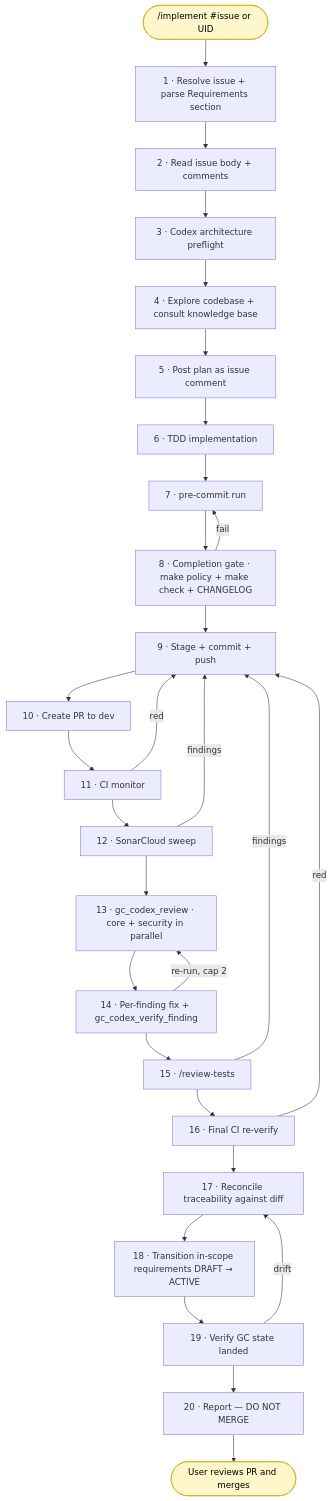
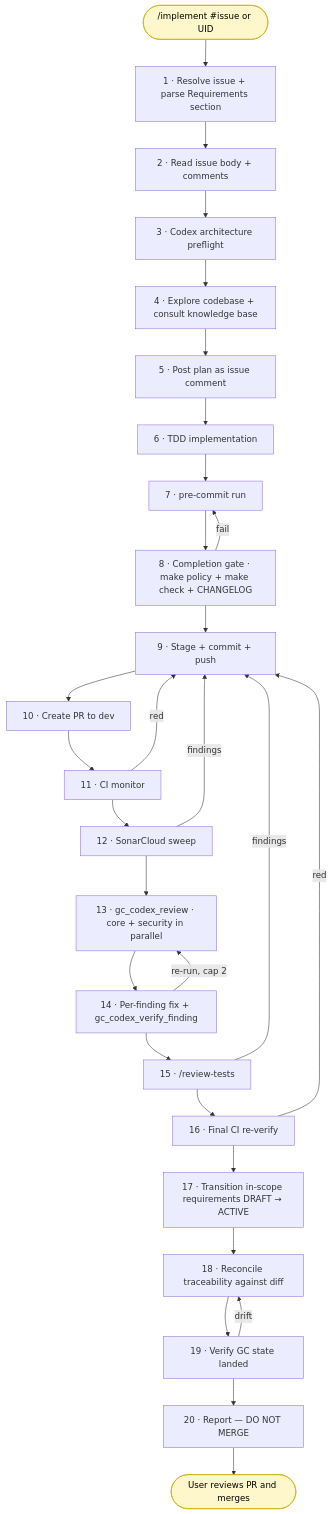
One commit to KeplerOps/Ground-Control changed the diagram in docs/DEVELOPMENT_WORKFLOW.md. Above: the diagram before and after it, drawn with Mermaid. The commit also changed other lines of this file and 3 other files, not shown here.

````diff
--- a/docs/DEVELOPMENT_WORKFLOW.md
+++ b/docs/DEVELOPMENT_WORKFLOW.md
@@ -60,58 +60,58 @@
 ```mermaid
 flowchart TB
   Start([/implement #issue or UID])
   S1[1 · Resolve issue + parse Requirements section]
   S2[2 · Read issue body + comments]
   S3[3 · Codex architecture preflight]
   S4[4 · Explore codebase + consult knowledge base]
   S5[5 · Post plan as issue comment]
   S6[6 · TDD implementation]
   S7[7 · pre-commit run]
   S8[8 · Completion gate · make policy + make check + CHANGELOG]
   S9[9 · Stage + commit + push]
   S10[10 · Create PR to dev]
   S11[11 · CI monitor]
   S12[12 · SonarCloud sweep]
   S13[13 · gc_codex_review · core + security in parallel]
   S14[14 · Per-finding fix + gc_codex_verify_finding]
   S15[15 · /review-tests]
   S16[16 · Final CI re-verify]
-  S17[17 · Reconcile traceability against diff]
-  S18[18 · Transition in-scope requirements DRAFT → ACTIVE]
+  S17[17 · Transition in-scope requirements DRAFT → ACTIVE]
+  S18[18 · Reconcile traceability against diff]
   S19[19 · Verify GC state landed]
   S20[20 · Report — DO NOT MERGE]
   End([User reviews PR and merges])
 
   Start --> S1
   S1 --> S2
   S2 --> S3
   S3 --> S4
   S4 --> S5
   S5 --> S6
   S6 --> S7
   S7 --> S8
   S8 --> S9
   S9 --> S10
   S10 --> S11
   S11 --> S12
   S12 --> S13
   S13 --> S14
   S14 --> S15
   S15 --> S16
   S16 --> S17
   S17 --> S18
   S18 --> S19
   S19 --> S20
   S20 --> End
 
   S8 -->|fail| S7
   S11 -->|red| S9
   S12 -->|findings| S9
   S14 -->|re-run, cap 2| S13
   S15 -->|findings| S9
   S16 -->|red| S9
-  S19 -->|drift| S17
+  S19 -->|drift| S18
 
   classDef user fill:#fff7cc,stroke:#c9a900,color:#000
   class Start,End user
 ```
````
